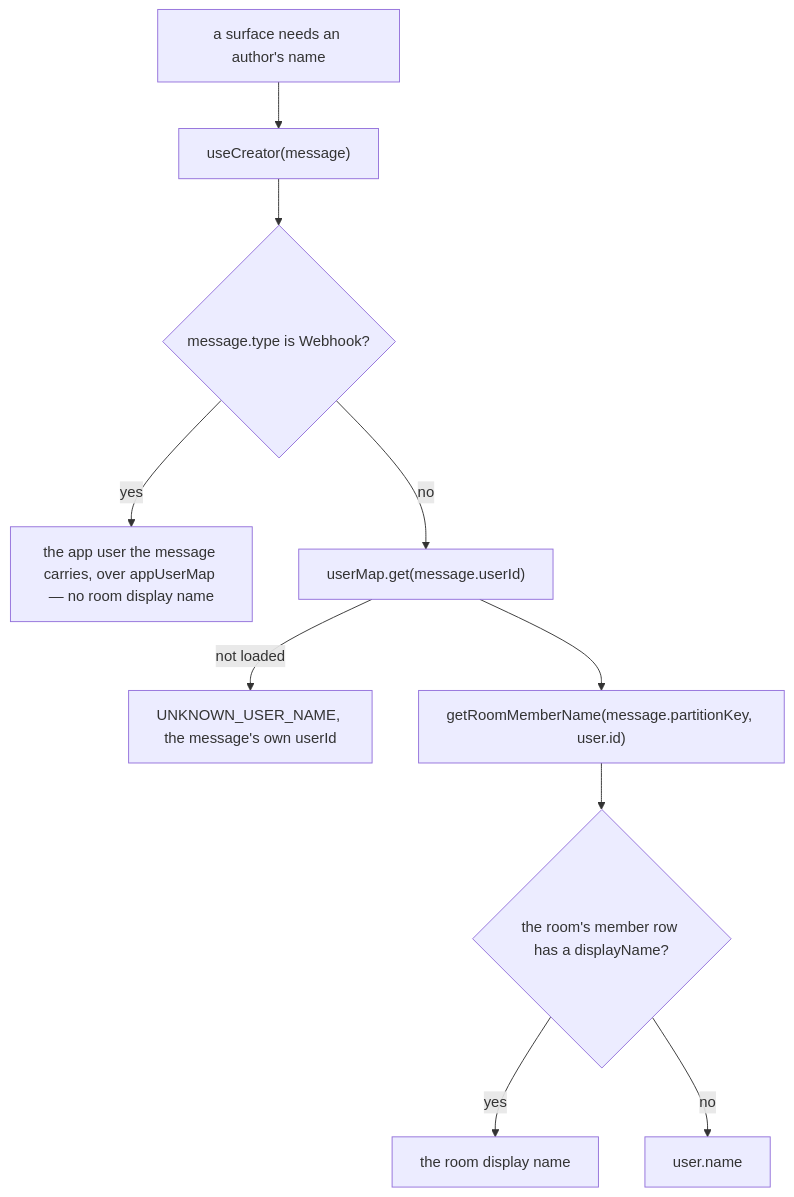
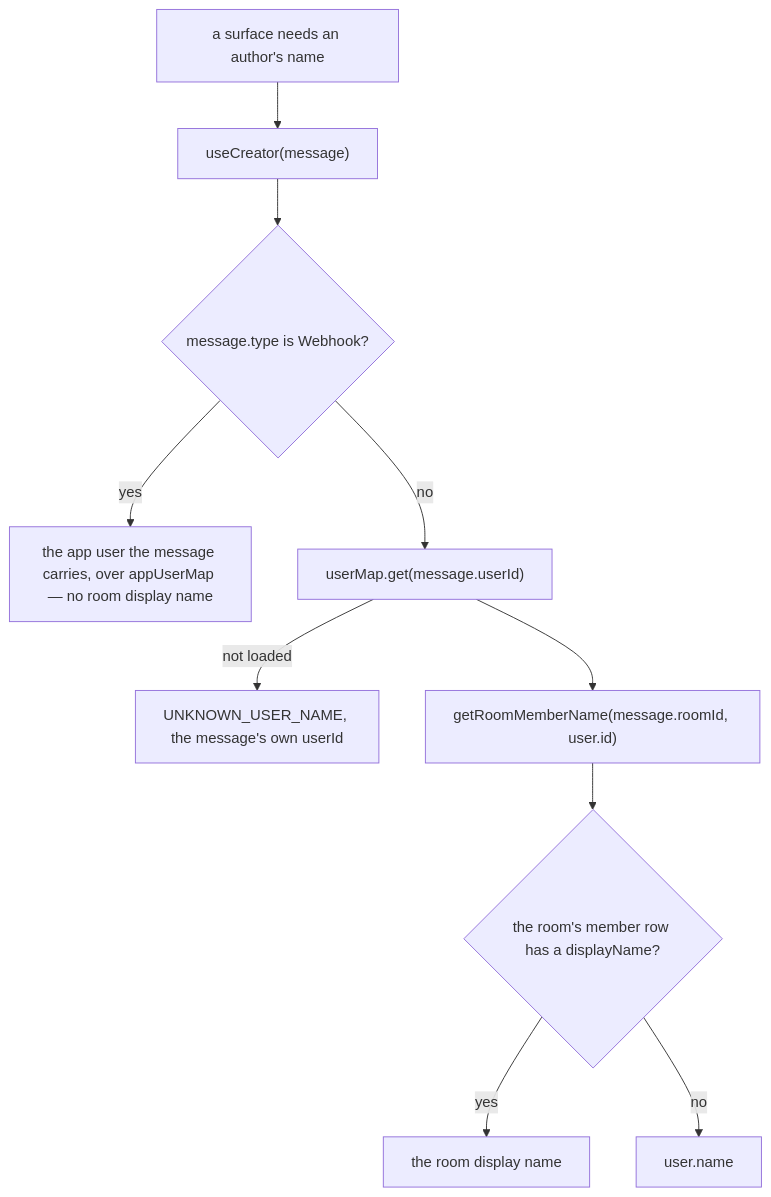
The first of 2 diagrams in openspec/specs/esbabbler/display-names/design.md (Esposter/Esposter), drawn with Mermaid before and after one commit. The commit also changed 54 other files, not shown here.

````diff
--- a/openspec/specs/esbabbler/display-names/design.md
+++ b/openspec/specs/esbabbler/display-names/design.md
@@ -24,12 +24,12 @@
 ```mermaid
 flowchart TD
   Render["a surface needs an author's name"] --> Creator["useCreator(message)"]
   Creator --> Webhook{"message.type is Webhook?"}
   Webhook -->|"yes"| AppUser["the app user the message carries, over appUserMap — no room display name"]
   Webhook -->|"no"| User["userMap.get(message.userId)"]
   User -->|"not loaded"| Placeholder["UNKNOWN_USER_NAME, the message's own userId"]
-  User --> Display["getRoomMemberName(message.partitionKey, user.id)"]
+  User --> Display["getRoomMemberName(message.roomId, user.id)"]
   Display --> HasDisplayName{"the room's member row has a displayName?"}
   HasDisplayName -->|"yes"| RoomDisplayName["the room display name"]
   HasDisplayName -->|"no"| Global["user.name"]
 ```
````
